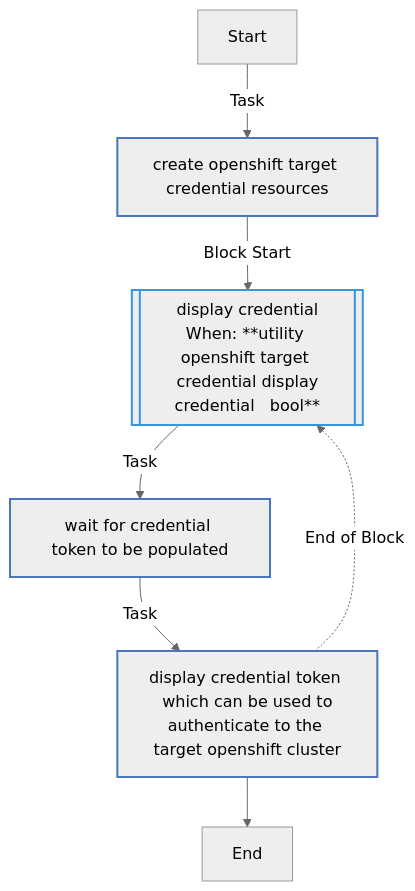
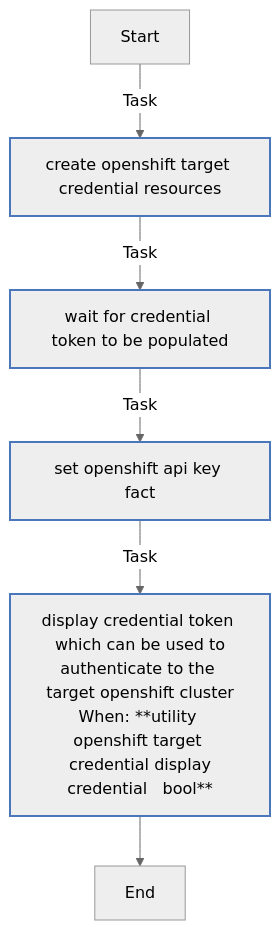
One commit to redhat-cop/openshift_virtualization_migration changed the diagram in roles/utility_openshift_target_credential/README.md. Above: the diagram before and after it, drawn with Mermaid (neutral theme). The commit also changed other lines of this file and 18 other files, not shown here.

````diff
--- a/roles/utility_openshift_target_credential/README.md
+++ b/roles/utility_openshift_target_credential/README.md
@@ -140,19 +140,18 @@
 ```mermaid
 flowchart TD
 Start
 classDef block stroke:#3498db,stroke-width:2px;
 classDef task stroke:#4b76bb,stroke-width:2px;
 classDef includeTasks stroke:#16a085,stroke-width:2px;
 classDef importTasks stroke:#34495e,stroke-width:2px;
 classDef includeRole stroke:#2980b9,stroke-width:2px;
 classDef importRole stroke:#699ba7,stroke-width:2px;
 classDef includeVars stroke:#8e44ad,stroke-width:2px;
 classDef rescue stroke:#665352,stroke-width:2px;
 
   Start-->|Task| Create_OpenShift_target_credential_resources0[create openshift target credential resources]:::task
-  Create_OpenShift_target_credential_resources0-->|Block Start| Display_credential1_block_start_0[[display credential<br>When: **utility openshift target credential display<br>credential   bool**]]:::block
-  Display_credential1_block_start_0-->|Task| Wait_for_credential_token_to_be_populated0[wait for credential token to be populated]:::task
-  Wait_for_credential_token_to_be_populated0-->|Task| Display_credential_token_which_can_be_used_to_authenticate_to_the_target_OpenShift_cluster1[display credential token which can be used to<br>authenticate to the target openshift cluster]:::task
-  Display_credential_token_which_can_be_used_to_authenticate_to_the_target_OpenShift_cluster1-.->|End of Block| Display_credential1_block_start_0
-  Display_credential_token_which_can_be_used_to_authenticate_to_the_target_OpenShift_cluster1-->End
+  Create_OpenShift_target_credential_resources0-->|Task| Wait_for_credential_token_to_be_populated1[wait for credential token to be populated]:::task
+  Wait_for_credential_token_to_be_populated1-->|Task| Set_openshift_api_key_Fact2[set openshift api key fact]:::task
+  Set_openshift_api_key_Fact2-->|Task| Display_credential_token_which_can_be_used_to_authenticate_to_the_target_OpenShift_cluster3[display credential token which can be used to<br>authenticate to the target openshift cluster<br>When: **utility openshift target credential display<br>credential   bool**]:::task
+  Display_credential_token_which_can_be_used_to_authenticate_to_the_target_OpenShift_cluster3-->End
 ```
````
